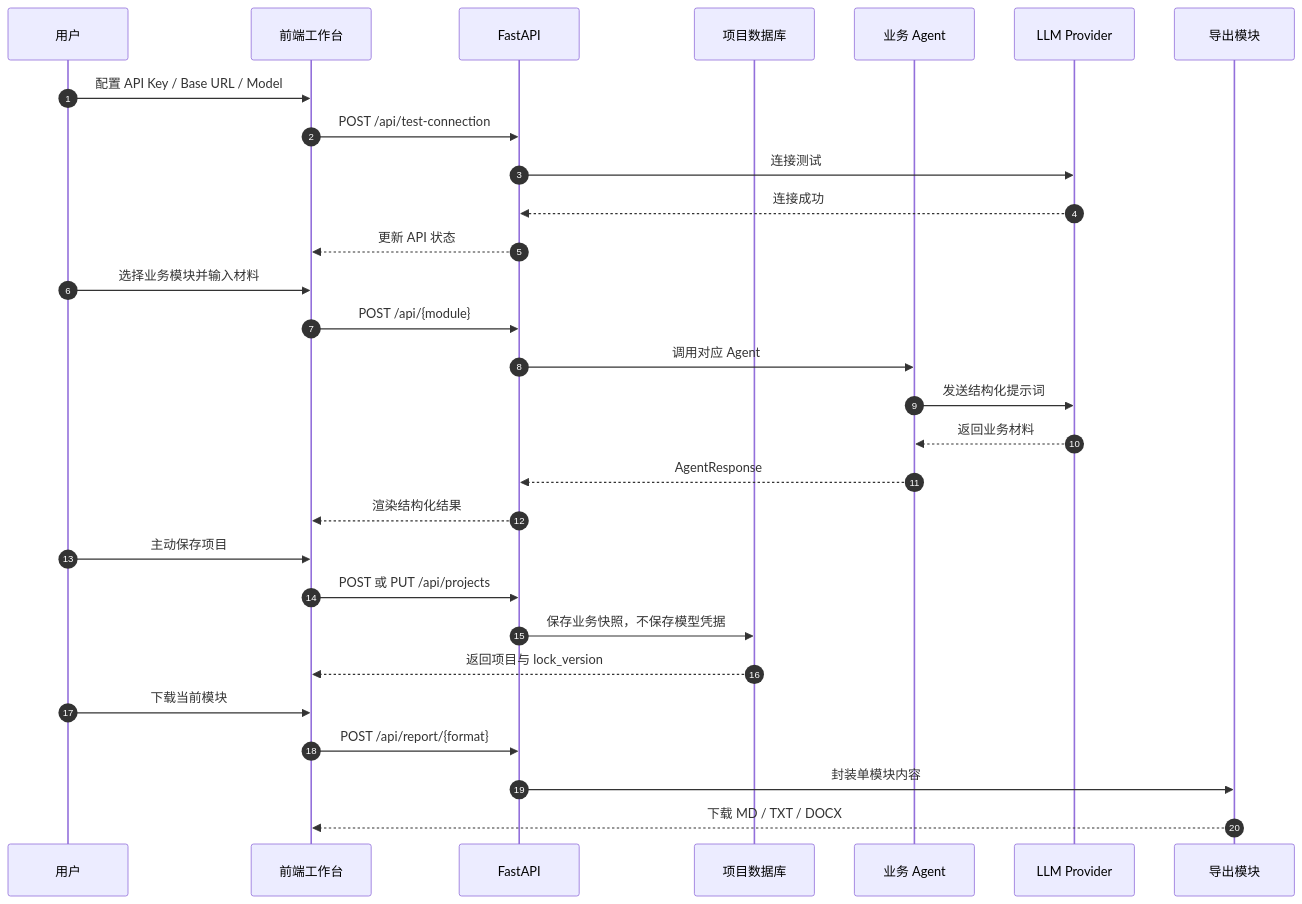
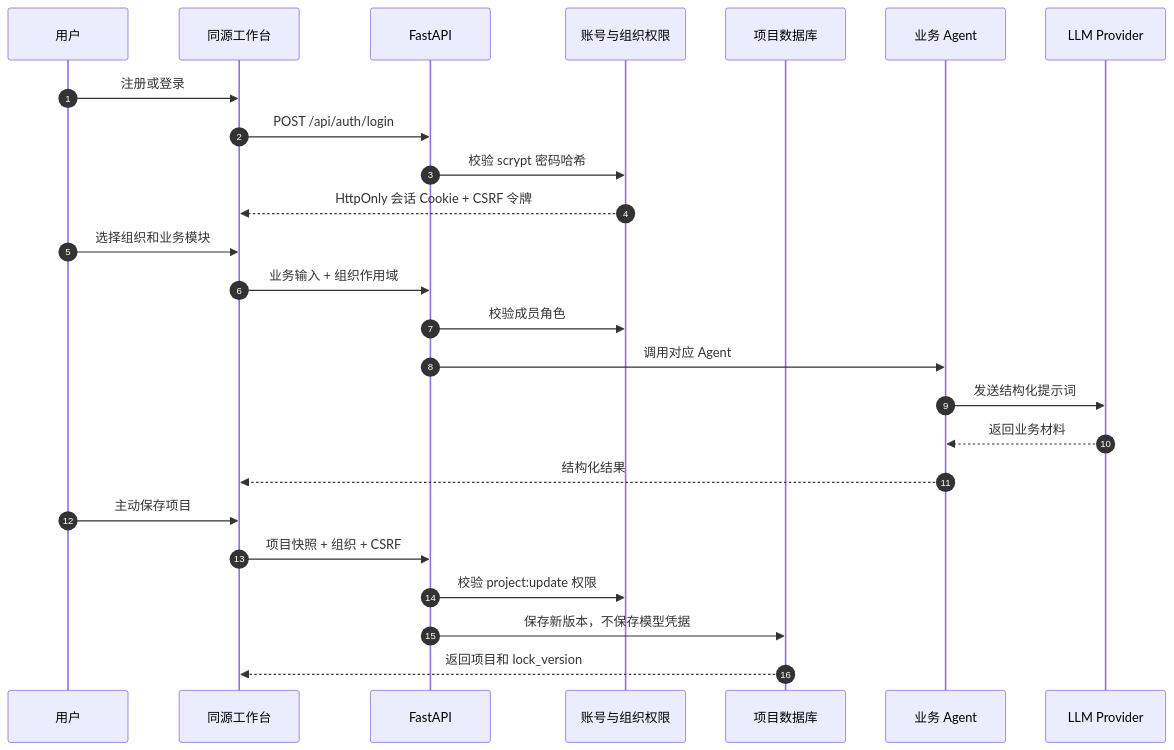
Before and after one commit to liqinglq666/zhilink-tianhe-enterprise-ai-workspace: the third of 6 diagrams in README.md, drawn with Mermaid. The commit also changed other lines of this file, not shown here.

Commit message:
docs(auth): add account and organization pointers

````diff
--- a/README.md
+++ b/README.md
@@ -320,35 +344,30 @@
 ```mermaid
 sequenceDiagram
     autonumber
     participant User as 用户
-    participant UI as 前端工作台
+    participant UI as 同源工作台
     participant API as FastAPI
+    participant Auth as 账号与组织权限
     participant Project as 项目数据库
     participant Agent as 业务 Agent
     participant LLM as LLM Provider
-    participant Export as 导出模块
 
-    User->>UI: 配置 API Key / Base URL / Model
-    UI->>API: POST /api/test-connection
-    API->>LLM: 连接测试
-    LLM-->>API: 连接成功
-    API-->>UI: 更新 API 状态
+    User->>UI: 注册或登录
+    UI->>API: POST /api/auth/login
+    API->>Auth: 校验 scrypt 密码哈希
+    Auth-->>UI: HttpOnly 会话 Cookie + CSRF 令牌
 
-    User->>UI: 选择业务模块并输入材料
-    UI->>API: POST /api/{module}
+    User->>UI: 选择组织和业务模块
+    UI->>API: 业务输入 + 组织作用域
+    API->>Auth: 校验成员角色
     API->>Agent: 调用对应 Agent
     Agent->>LLM: 发送结构化提示词
     LLM-->>Agent: 返回业务材料
-    Agent-->>API: AgentResponse
-    API-->>UI: 渲染结构化结果
+    Agent-->>UI: 结构化结果
 
     User->>UI: 主动保存项目
-    UI->>API: POST 或 PUT /api/projects
-    API->>Project: 保存业务快照，不保存模型凭据
-    Project-->>UI: 返回项目与 lock_version
-
-    User->>UI: 下载当前模块
-    UI->>API: POST /api/report/{format}
-    API->>Export: 封装单模块内容
-    Export-->>UI: 下载 MD / TXT / DOCX
+    UI->>API: 项目快照 + 组织 + CSRF
+    API->>Auth: 校验 project:update 权限
+    API->>Project: 保存新版本，不保存模型凭据
+    Project-->>UI: 返回项目和 lock_version
 ```
````
